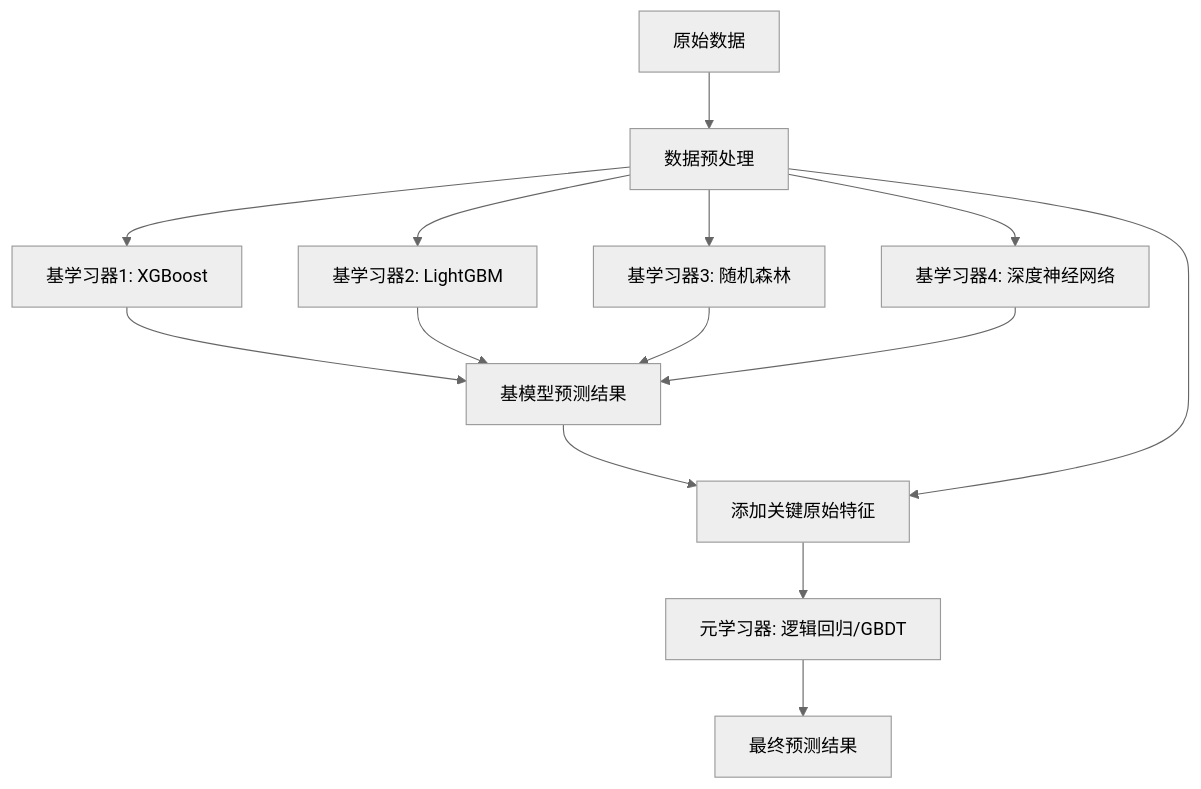
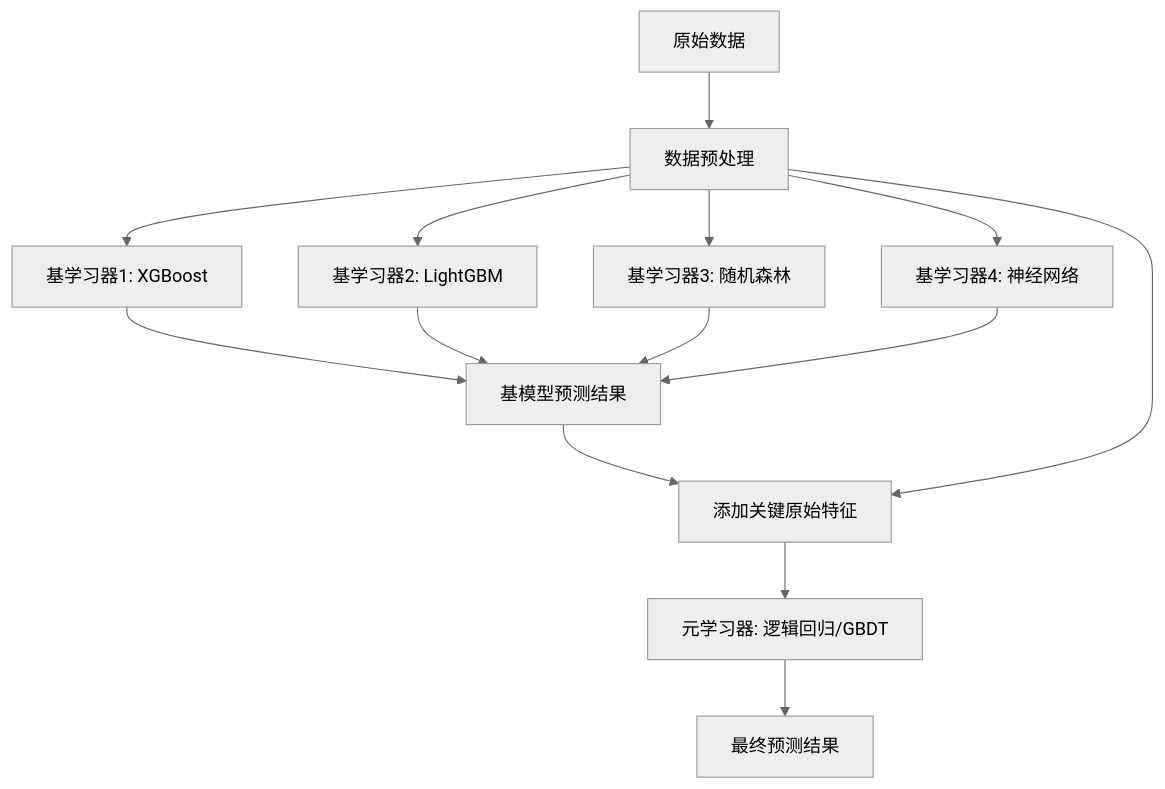
Before and after one commit to fromwhitetoblack/iodraw-files: the diagram in all/未命名.md, drawn with Mermaid (neutral theme).

Commit message:
2025-03-11 11:59:26 update

````diff
--- a/all/未命名.md
+++ b/all/未命名.md
@@ -1,16 +1,16 @@
 ```mermaid
 graph TD
     A[原始数据] --> B[数据预处理]
     B --> C1[基学习器1: XGBoost]
     B --> C2[基学习器2: LightGBM]
     B --> C3[基学习器3: 随机森林]
-    B --> C4[基学习器4: 深度神经网络]
+    B --> C4[基学习器4: 神经网络]
     C1 --> D[基模型预测结果]
     C2 --> D
     C3 --> D
     C4 --> D
     D --> E[元学习器输入特征]
     B --> E[添加关键原始特征]
     E --> F[元学习器: 逻辑回归/GBDT]
     F --> G[最终预测结果]
 ```
````
